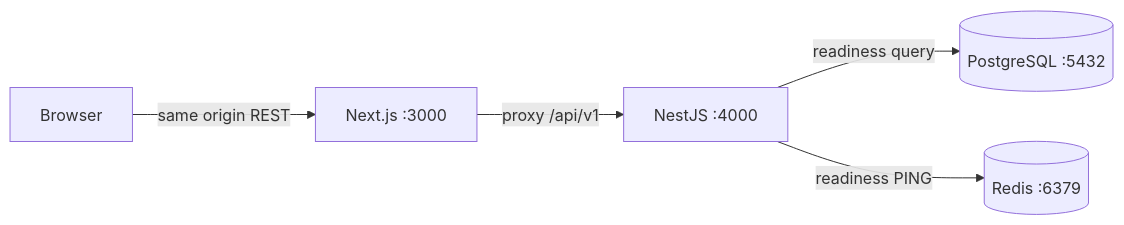
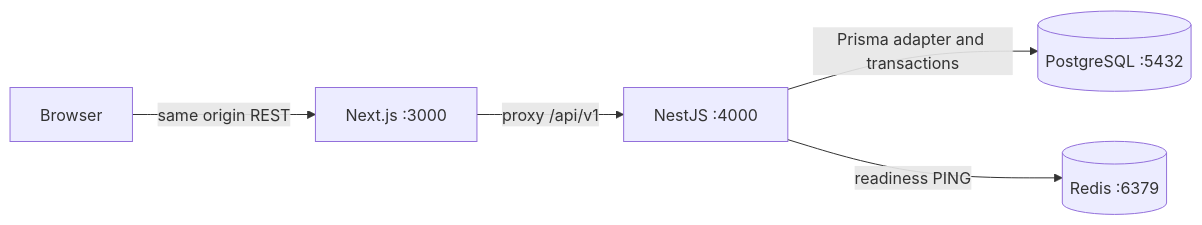
One commit to nvtank/ticketflow-aws changed the diagram in docs/architecture.md. Above: the diagram before and after it, drawn with Mermaid. The commit also changed other lines of this file and 6 other files, not shown here.

````diff
--- a/docs/architecture.md
+++ b/docs/architecture.md
@@ -22,7 +7,7 @@
 ```mermaid
 flowchart LR
   Browser -->|same origin REST| Next[Next.js :3000]
   Next -->|proxy /api/v1| Nest[NestJS :4000]
-  Nest -->|readiness query| PG[(PostgreSQL :5432)]
+  Nest -->|Prisma adapter and transactions| PG[(PostgreSQL :5432)]
   Nest -->|readiness PING| Redis[(Redis :6379)]
 ```
````
